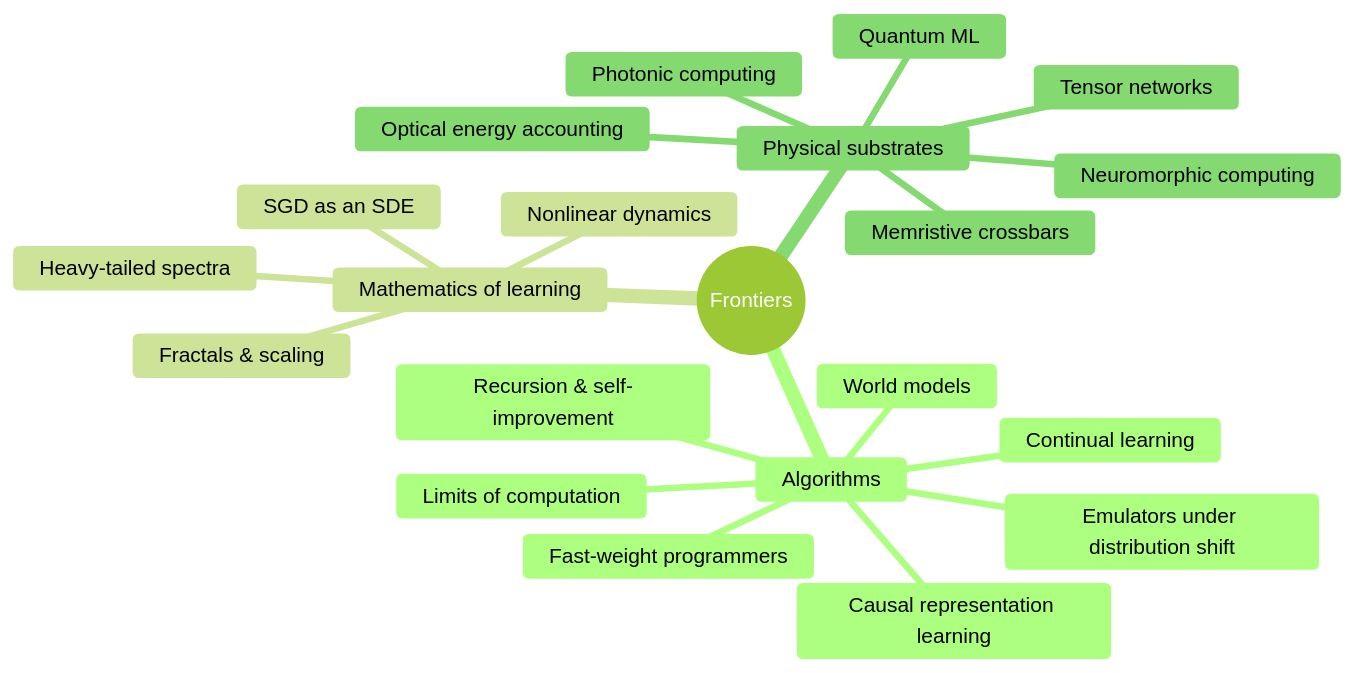
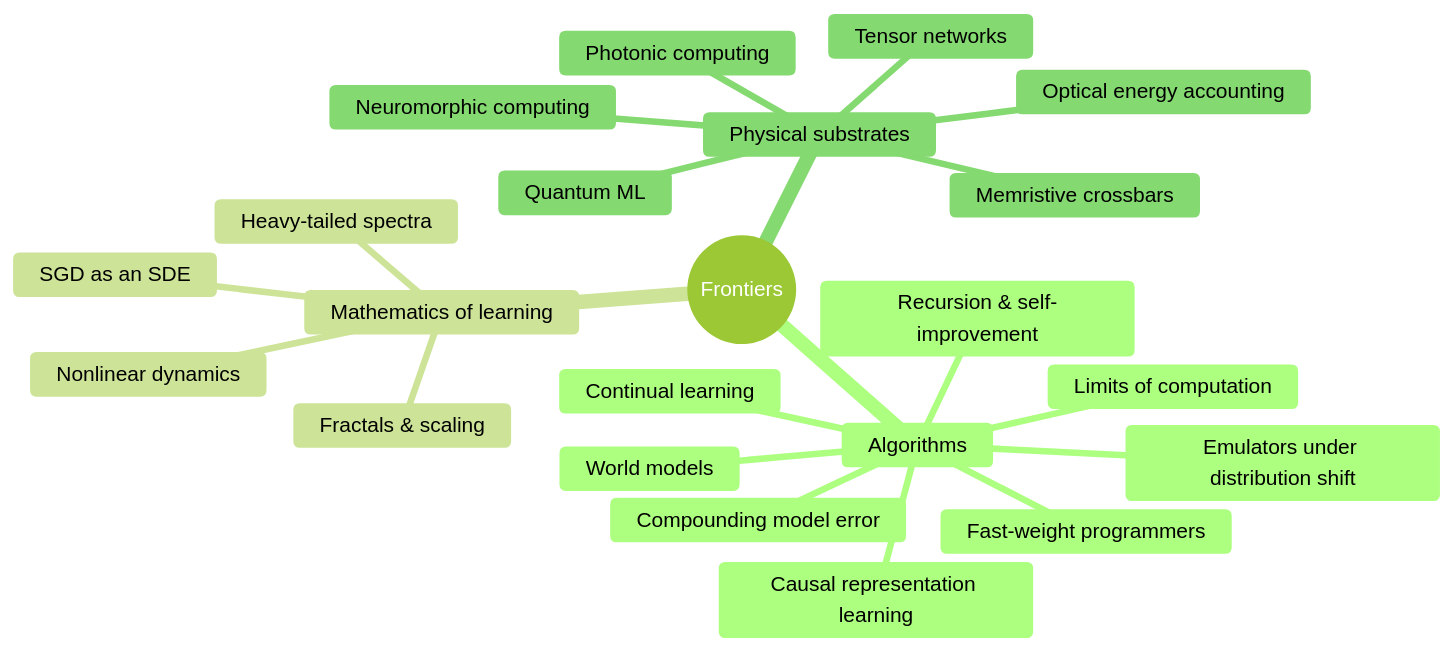
The diagram in docs/06-frontiers/README.md (marcpoliquin5/understanding-ai), drawn with Mermaid (forest theme) before and after one commit. The commit also changed other lines of this file and 6 other files, not shown here.

Commit message:
Frontiers: add model-based RL compounding error page

````diff
--- a/docs/06-frontiers/README.md
+++ b/docs/06-frontiers/README.md
@@ -29,24 +30,25 @@
 ```mermaid
 mindmap
   root((Frontiers))
     Algorithms
       Recursion & self-improvement
       Fast-weight programmers
       World models
+      Compounding model error
       Causal representation learning
       Emulators under distribution shift
       Limits of computation
       Continual learning
     Mathematics of learning
       Fractals & scaling
       Heavy-tailed spectra
       Nonlinear dynamics
       SGD as an SDE
     Physical substrates
       Photonic computing
       Optical energy accounting
       Neuromorphic computing
       Memristive crossbars
       Quantum ML
       Tensor networks
 ```
````
